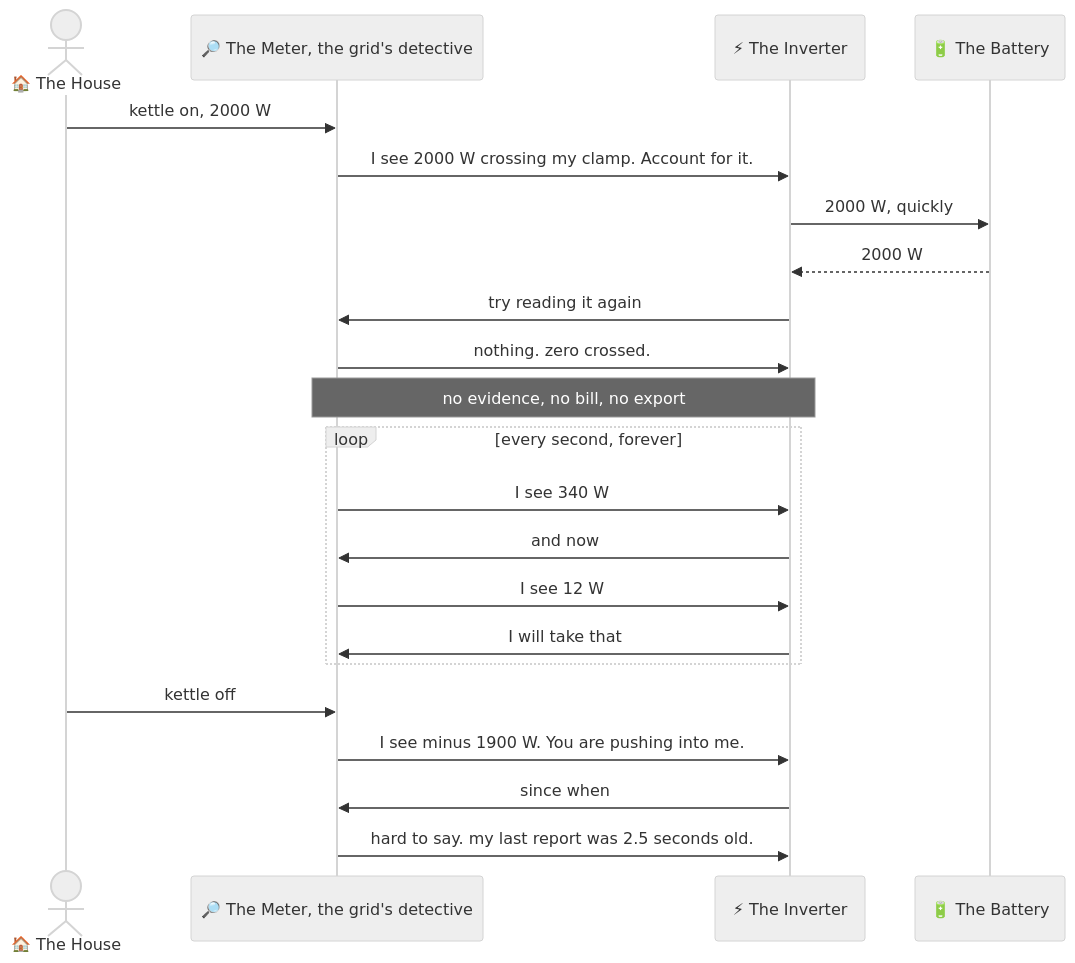
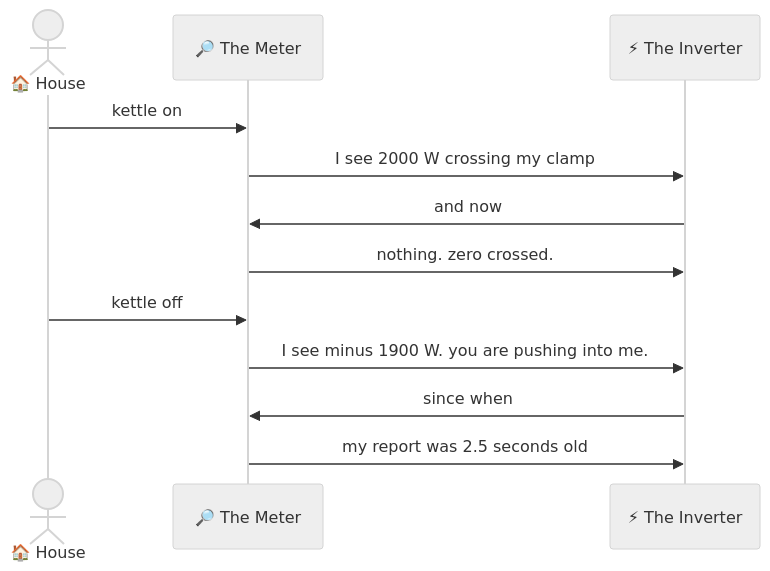
Before and after one commit to phoinixgrr/mastori: the first of 17 diagrams in content/posts/ecoflow-zero-export-ble-meter-injection/index.md, drawn with Mermaid (neutral theme). The commit also changed other lines of this file, not shown here.

Commit message:
zero-export post: latency chart moves to Results, simplify the interrogation
The bar chart answered the question before the mechanisms were explained, so
it now sits in Results where it reads as an outcome. Reconcile the two figures
it contradicted: the steered-on age row and the meter's share of the floor.
Cut the interrogation diagram to three lanes, no battery and no loop block.

```diff
--- a/content/posts/ecoflow-zero-export-ble-meter-injection/index.md
+++ b/content/posts/ecoflow-zero-export-ble-meter-injection/index.md
@@ -58,27 +58,15 @@
 {{< mermaid >}}
 sequenceDiagram
-    actor H as 🏠 The House
-    participant M as 🔎 The Meter, the grid's detective
+    actor H as 🏠 House
+    participant M as 🔎 The Meter
     participant I as ⚡ The Inverter
-    participant B as 🔋 The Battery
 
-    H->>M: kettle on, 2000 W
-    M->>I: I see 2000 W crossing my clamp. Account for it.
-    I->>B: 2000 W, quickly
-    B-->>I: 2000 W
-    I->>M: try reading it again
+    H->>M: kettle on
+    M->>I: I see 2000 W crossing my clamp
+    I->>M: and now
     M->>I: nothing. zero crossed.
-    Note over M,I: no evidence, no bill, no export
-
-    loop every second, forever
-        M->>I: I see 340 W
-        I->>M: and now
-        M->>I: I see 12 W
-        I->>M: I will take that
-    end
-
     H->>M: kettle off
-    M->>I: I see minus 1900 W. You are pushing into me.
+    M->>I: I see minus 1900 W. you are pushing into me.
     I->>M: since when
-    M->>I: hard to say. my last report was 2.5 seconds old.
+    M->>I: my report was 2.5 seconds old
 {{< /mermaid >}}
```
